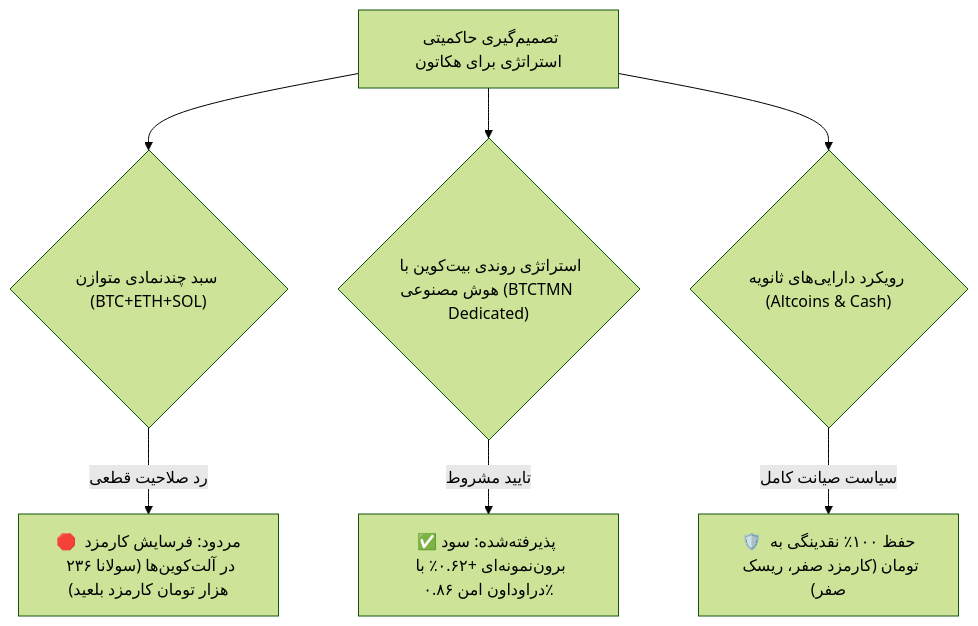
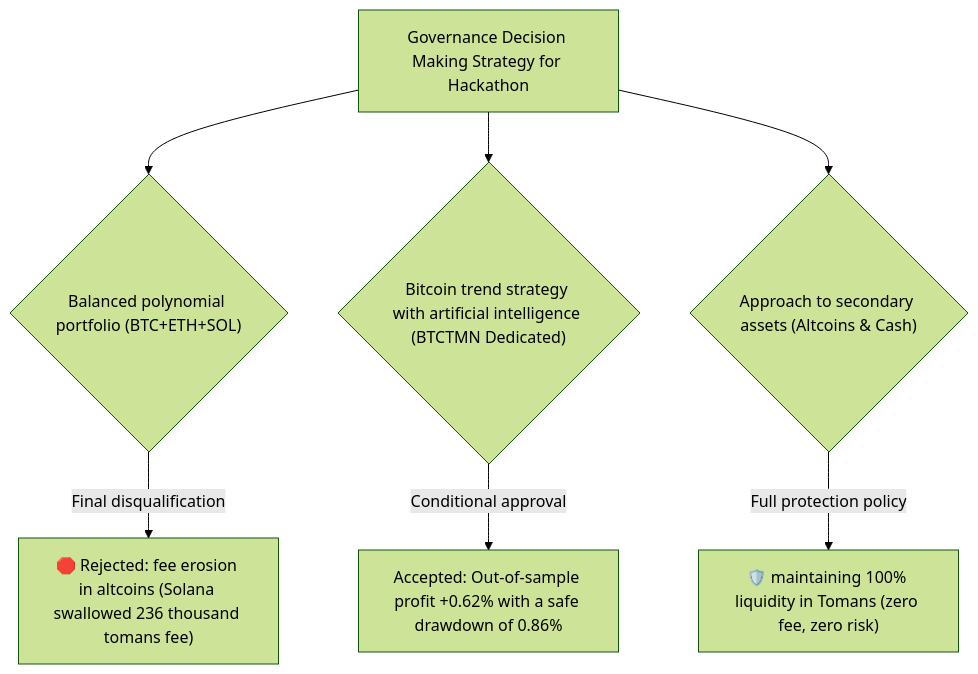
Before and after one commit to AliFazelniya/wallextrade: the diagram in docs/PHASE13_FINAL_DECISION.md, drawn with Mermaid (forest theme). The commit also changed other lines of this file and 81 other files, not shown here.

````diff
--- a/docs/PHASE13_FINAL_DECISION.md
+++ b/docs/PHASE13_FINAL_DECISION.md
@@ -26,11 +26,11 @@
 ```mermaid
 graph TD
-    A["تصمیم‌گیری حاکمیتی استراتژی برای هکاتون"] --> B{"سبد چندنمادی متوازن (BTC+ETH+SOL)"}
-    B -->|رد صلاحیت قطعی| C["🛑 مردود: فرسایش کارمزد در آلت‌کوین‌ها (سولانا ۲۳۶ هزار تومان کارمزد بلعید)"]
+    A["Governance Decision Making Strategy for Hackathon"] --> B{"Balanced polynomial portfolio (BTC+ETH+SOL)"}
+    B -->|Final disqualification| C["🛑 Rejected: fee erosion in altcoins (Solana swallowed 236 thousand tomans fee)"]
     
-    A --> D{"استراتژی روندی بیت‌کوین با هوش مصنوعی (BTCTMN Dedicated)"}
-    D -->|تایید مشروط| E["✅ پذیرفته‌شده: سود برون‌نمونه‌ای +۰.۶۲٪ با دراوداون امن ۰.۸۶٪"]
+    A --> D{"Bitcoin trend strategy with artificial intelligence (BTCTMN Dedicated)"}
+    D -->|Conditional approval| E["Accepted: Out-of-sample profit +0.62% with a safe drawdown of 0.86%"]
     
-    A --> F{"رویکرد دارایی‌های ثانویه (Altcoins & Cash)"}
-    F -->|سیاست صیانت کامل| G["🛡️ حفظ ۱۰۰٪ نقدینگی به تومان (کارمزد صفر، ریسک صفر)"]
+    A --> F{"Approach to secondary assets (Altcoins & Cash)"}
+    F -->|Full protection policy| G["🛡️ maintaining 100% liquidity in Tomans (zero fee, zero risk)"]
 ```
````
